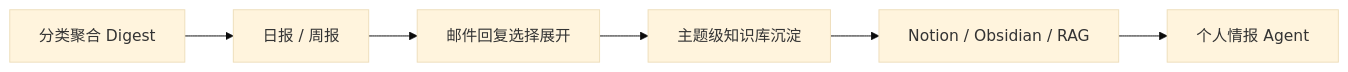
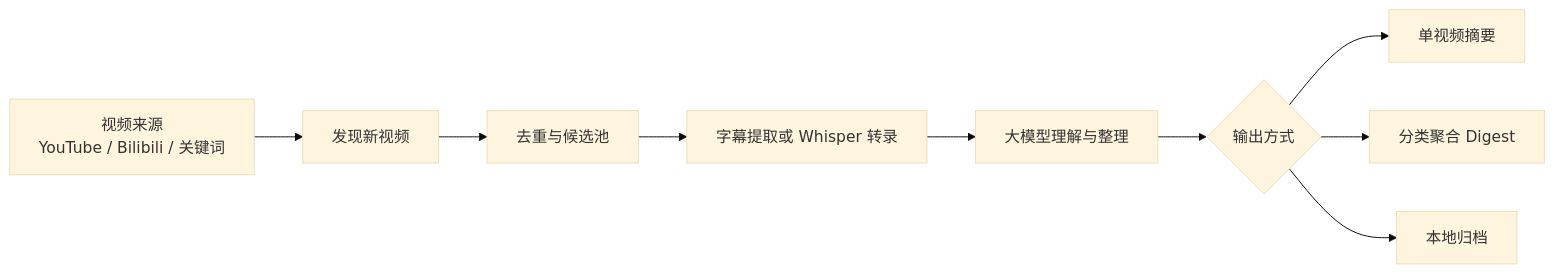
The diagram in README.md (Qsagacity/VideoDigestAgent-custom), drawn with Mermaid (base theme) before and after one commit. The commit also changed other lines of this file, not shown here.

````diff
--- a/README.md
+++ b/README.md
@@ -522,8 +63,11 @@
 ```mermaid
 flowchart LR
-    A[分类聚合 Digest] --> B[日报 / 周报]
-    B --> C[邮件回复选择展开]
-    C --> D[主题级知识库沉淀]
-    D --> E[Notion / Obsidian / RAG]
-    E --> F[个人情报 Agent]
+    A[视频来源<br/>YouTube / Bilibili / 关键词] --> B[发现新视频]
+    B --> C[去重与候选池]
+    C --> D[字幕提取或 Whisper 转录]
+    D --> E[大模型理解与整理]
+    E --> F{输出方式}
+    F --> G[单视频摘要]
+    F --> H[分类聚合 Digest]
+    F --> I[本地归档]
 ```
````
